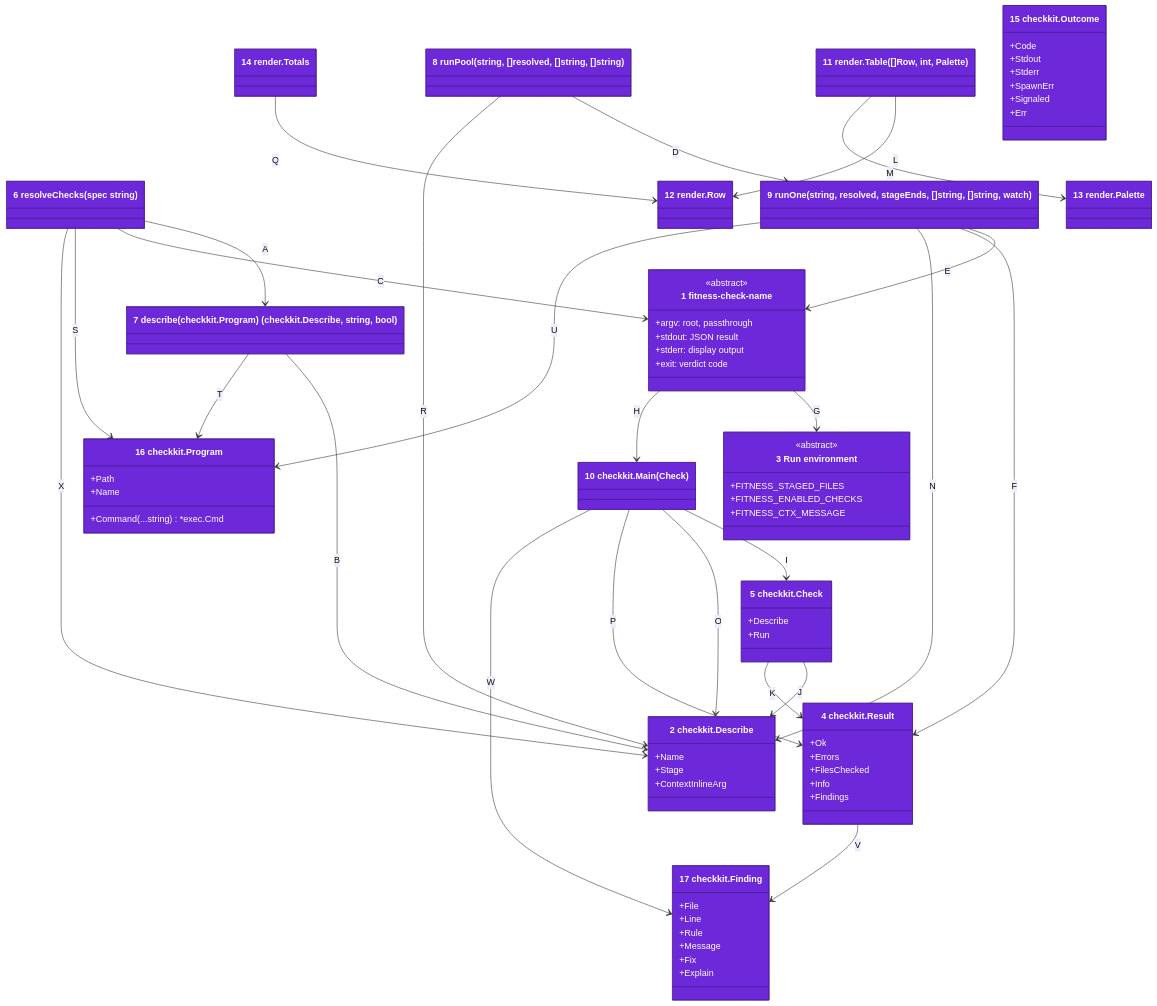
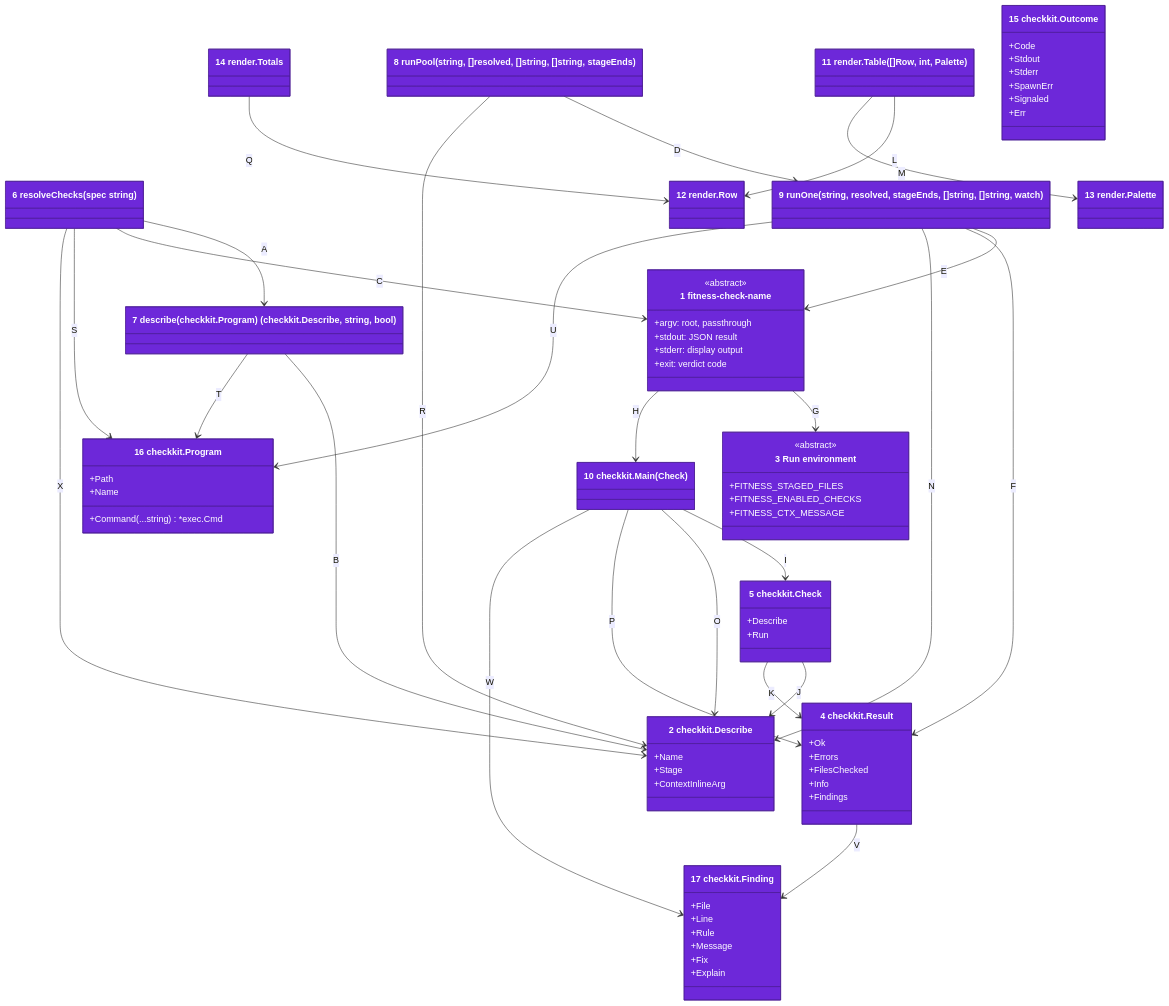
Before and after one commit to may-journal/fitness-runner: the first of 2 diagrams in docs/architecture/04-code.md, drawn with Mermaid. The commit also changed 10 other files, not shown here.

```diff
--- a/docs/architecture/04-code.md
+++ b/docs/architecture/04-code.md
@@ -33,7 +33,7 @@
     }
     class resolveChecks["6 resolveChecks(spec string)"]
     class describe["7 describe(checkkit.Program) (checkkit.Describe, string, bool)"]
-    class runPool["8 runPool(string, []resolved, []string, []string)"]
+    class runPool["8 runPool(string, []resolved, []string, []string, stageEnds)"]
     class runOne["9 runOne(string, resolved, stageEnds, []string, []string, watch)"]
     class checkkitMain["10 checkkit.Main(Check)"]
     class renderTable["11 render.Table([]Row, int, Palette)"]
```
